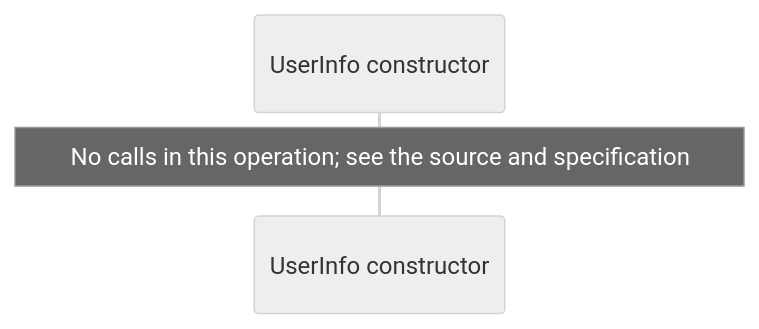
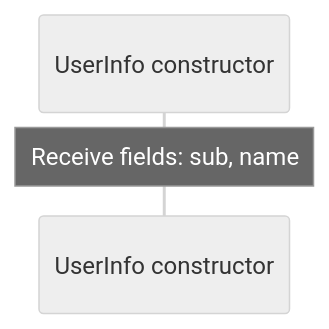
Before and after one commit to GreenPandaStudios/augscript: the tenth of 12 diagrams in docs/examples/oidc-login/provider/contracts-diagrams.md, drawn with Mermaid (neutral theme). The commit also changed other lines of this file and 289 other files, not shown here.

Commit message:
Correct diagram control flow and complete generated wiki navigation

````diff
--- a/docs/examples/oidc-login/provider/contracts-diagrams.md
+++ b/docs/examples/oidc-login/provider/contracts-diagrams.md
@@ -153,6 +153,6 @@
 ```mermaid
 sequenceDiagram
     participant p0 as UserInfo constructor
 
-    Note over p0: No calls in this operation#59; see the source and specification
+    Note over p0: Receive fields: sub, name
 ```
````
